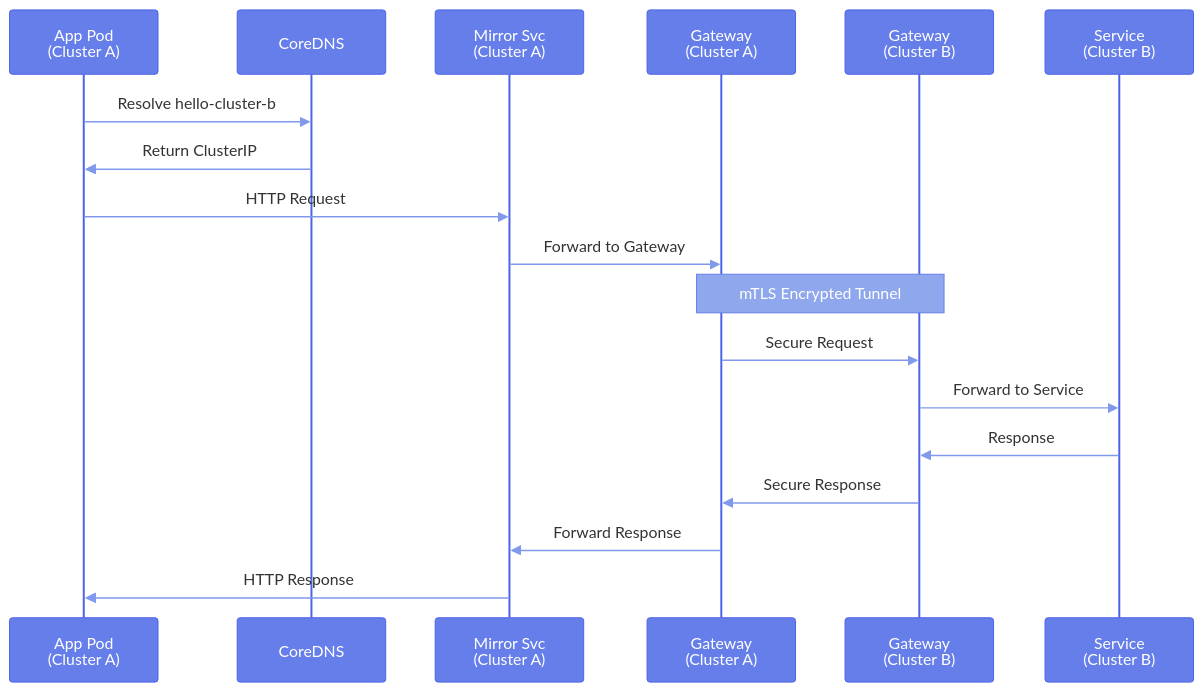
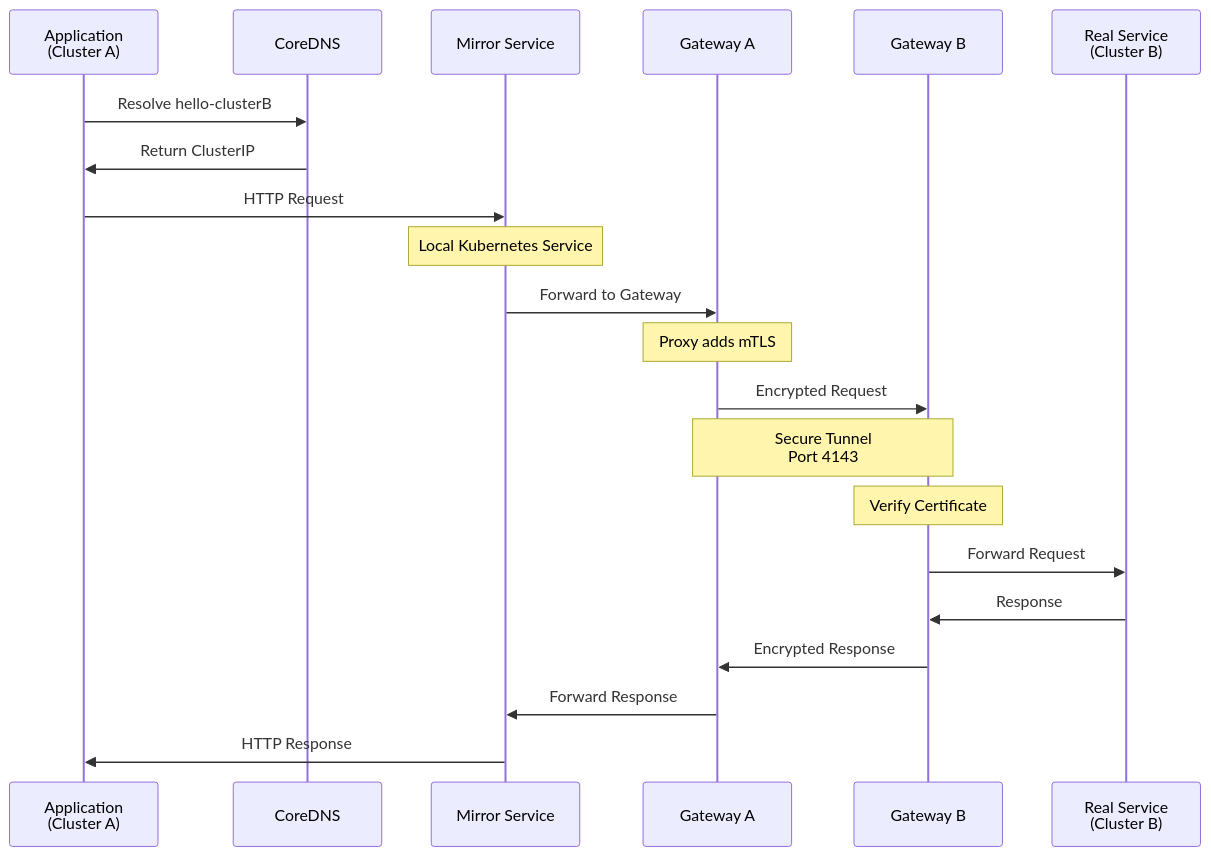
Before and after one commit to aprountzos/defogv2-wiki: the eighth of 10 diagrams in docs/local-setup/linkerd.mdx, drawn with Mermaid. The commit also changed other lines of this file, not shown here.

````diff
--- a/docs/local-setup/linkerd.mdx
+++ b/docs/local-setup/linkerd.mdx
@@ -358,26 +421,29 @@
 ```mermaid
-%%{init: {'theme':'base', 'themeVariables': { 'actorBkg':'#667eea','actorBorder':'#4c63e8','actorTextColor':'#fff','signalColor':'#8099ec','signalTextColor':'inherit','noteBkgColor':'#8fa8ed','noteBorderColor':'#667eea','noteTextColor':'#fff','fontSize':'13px'}}}%%
 sequenceDiagram
-    participant App as App Pod<br/>(Cluster A)
+    participant App as Application<br/>(Cluster A)
     participant DNS as CoreDNS
-    participant Mirror as Mirror Svc<br/>(Cluster A)
-    participant GWA as Gateway<br/>(Cluster A)
-    participant GWB as Gateway<br/>(Cluster B)
-    participant Svc as Service<br/>(Cluster B)
+    participant Mirror as Mirror Service
+    participant GW_A as Gateway A
+    participant GW_B as Gateway B
+    participant Svc as Real Service<br/>(Cluster B)
     
-    App->>DNS: Resolve hello-cluster-b
+    App->>DNS: Resolve hello-clusterB
     DNS->>App: Return ClusterIP
     
     App->>Mirror: HTTP Request
-    Mirror->>GWA: Forward to Gateway
+    Note over Mirror: Local Kubernetes Service
     
-    Note over GWA,GWB: mTLS Encrypted Tunnel
+    Mirror->>GW_A: Forward to Gateway
+    Note over GW_A: Proxy adds mTLS
     
-    GWA->>GWB: Secure Request
-    GWB->>Svc: Forward to Service
-    Svc->>GWB: Response
-    GWB->>GWA: Secure Response
+    GW_A->>GW_B: Encrypted Request
+    Note over GW_A,GW_B: Secure Tunnel<br/>Port 4143
     
-    GWA->>Mirror: Forward Response
+    Note over GW_B: Verify Certificate
+    GW_B->>Svc: Forward Request
+    
+    Svc->>GW_B: Response
+    GW_B->>GW_A: Encrypted Response
+    GW_A->>Mirror: Forward Response
     Mirror->>App: HTTP Response
 ```
````
